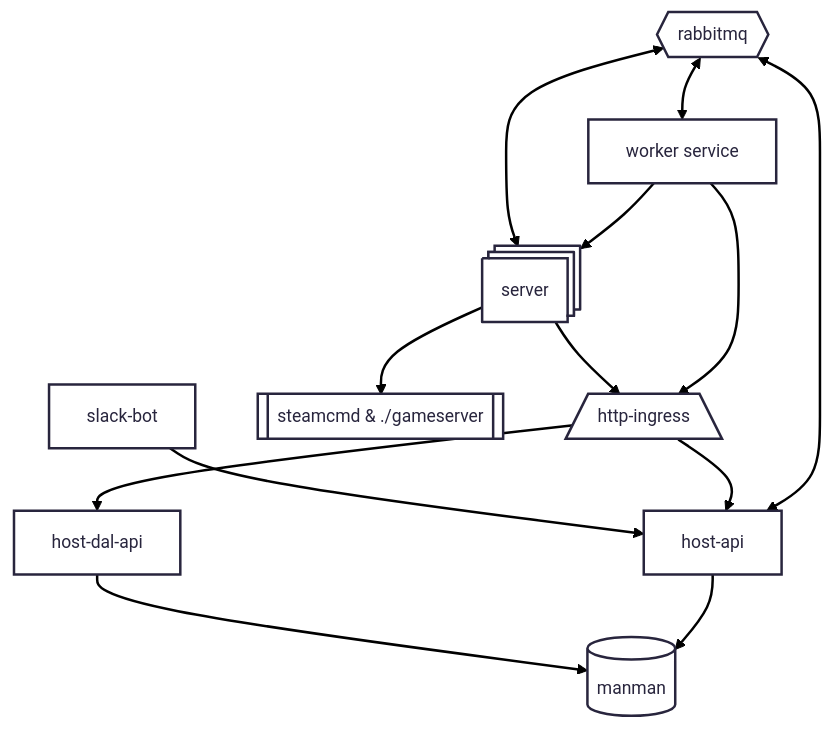
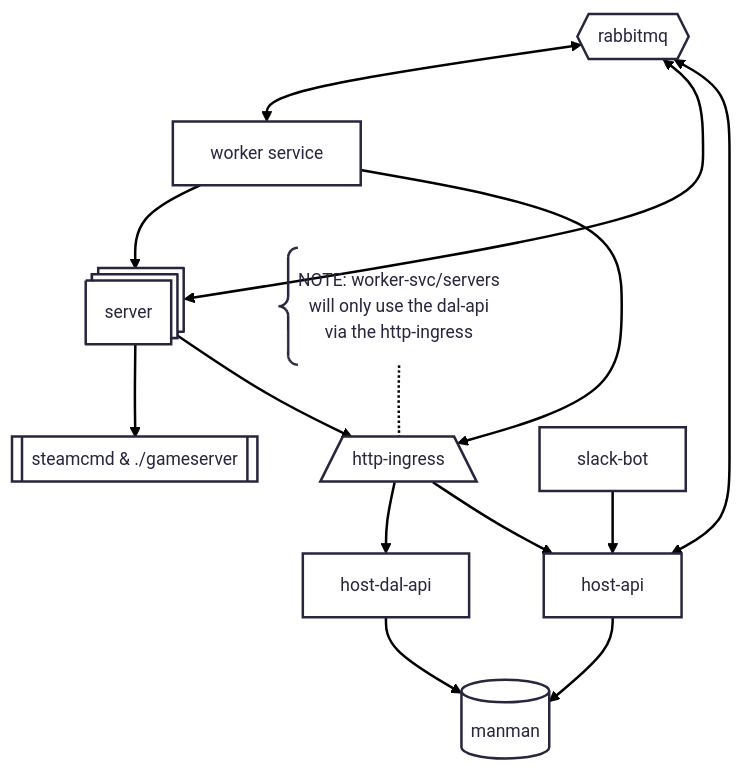
The diagram in README.md (whale-net/manman), drawn with Mermaid before and after one commit. The commit also changed other lines of this file, not shown here.

Commit message:
fix: update architecture diagram in README for clarity and accuracy

````diff
--- a/README.md
+++ b/README.md
@@ -18,17 +19,37 @@
 ```mermaid
 ---
 config:
   theme: redux
 ---
-flowchart TD
-    worker-svc["worker service"] --> servers["server"] & http-ingress[/"http-ingress"\]
-    servers --> server-subproc["steamcmd & ./gameserver"] & http-ingress
-    rmq{{"rabbitmq"}} <--> worker-svc & servers & host-api["host-api"]
-    host-api --> database["manman"]
-    host-dal-api["host-dal-api"] --> database
-    http-ingress --> host-api & host-dal-api
-    slack-bot["slack-bot"] --> host-api
-    servers@{ shape: procs}
-    server-subproc@{ shape: subproc}
-    database@{ shape: db}
+graph TD
+    worker-svc["worker service"]
+    servers["server"]@{ shape: procs}
+    server-subproc["steamcmd & ./gameserver"]@{ shape: subproc}
+
+    worker-svc --> servers --> server-subproc
+
+    http-ingress[/"http-ingress"\]
+    host-api["host-api"]
+    host-dal-api["host-dal-api"]
+    worker-svc & servers --> http-ingress --> host-dal-api
+    http-ingress --> host-api
+
+    http-ingress-comment["
+        NOTE: worker-svc/servers
+        will only use the dal-api
+        via the http-ingress
+    "]@{ shape: comment }
+
+    http-ingress-comment -.- http-ingress
+
+    database["manman"]@{ shape: db}
+    host-api & host-dal-api --> database
+
+    rmq{{"rabbitmq"}}
+    rmq <--> worker-svc & servers & host-api
+
+
+    slack-bot["slack-bot"]
+    slack-bot --> host-api
+
 ```
````
